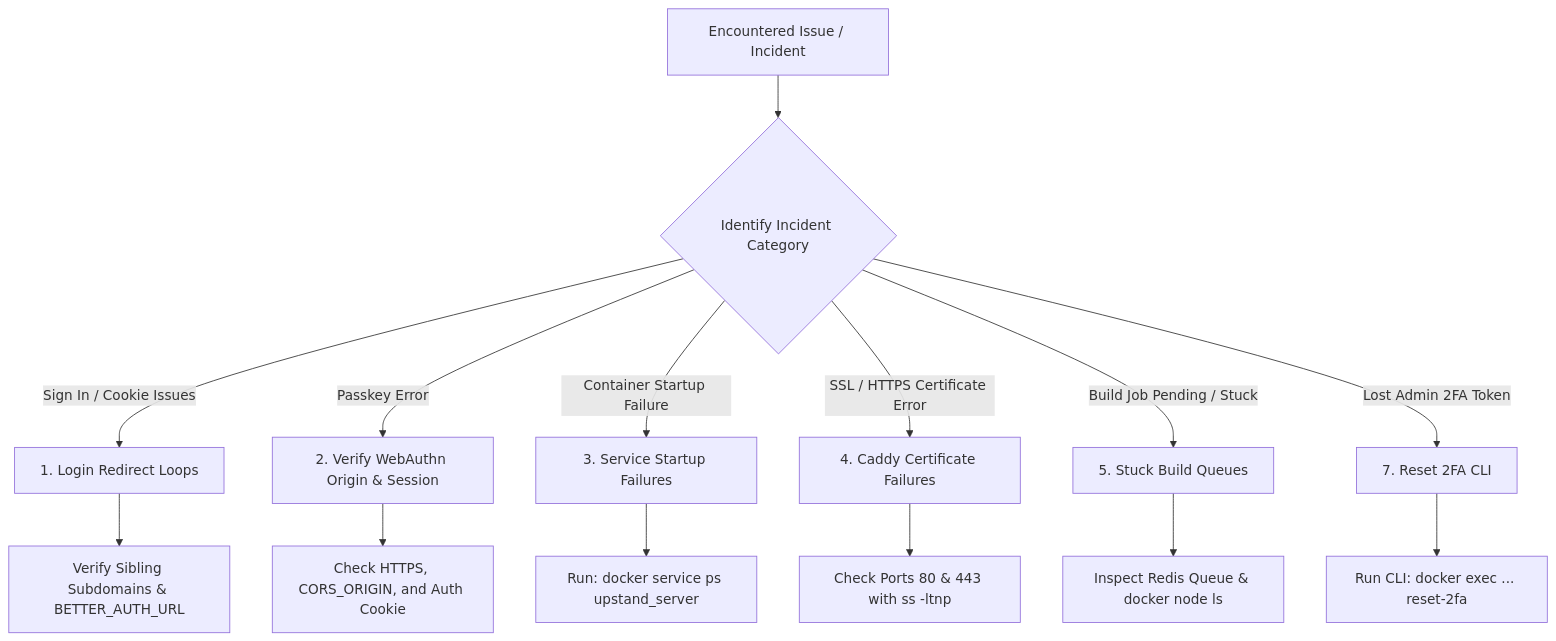
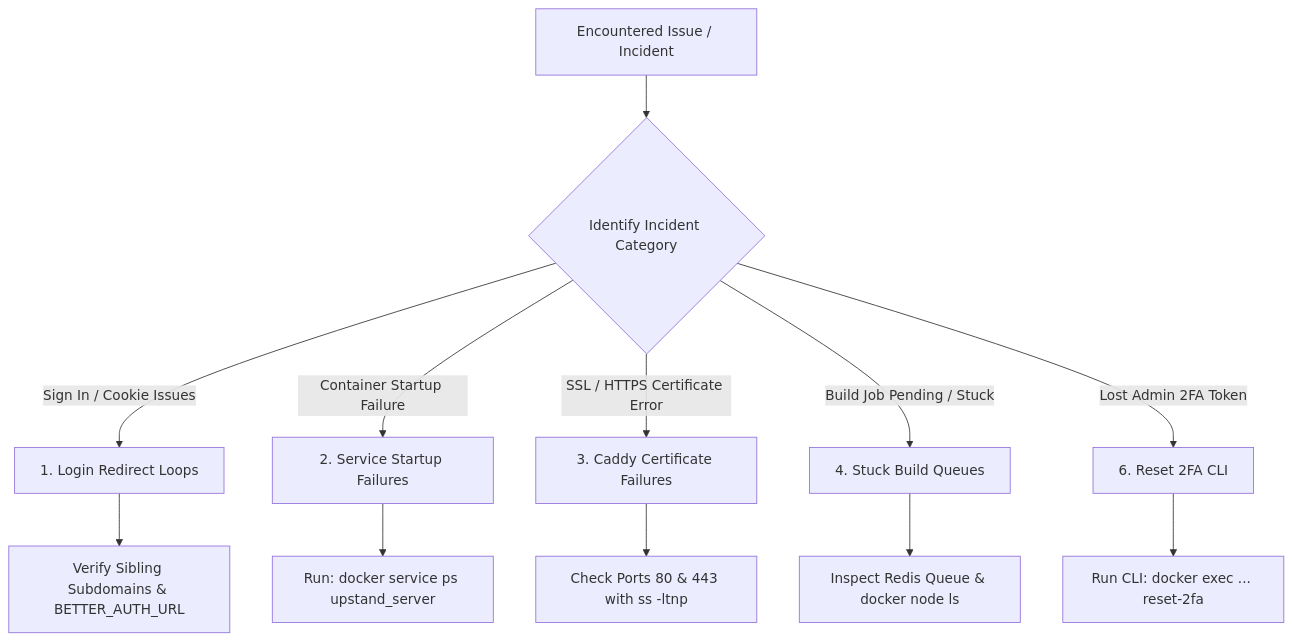
One commit to UpstandPlatform/upstand changed the diagram in apps/fumadocs/content/docs/reference/troubleshooting.mdx. Above: the diagram before and after it, drawn with Mermaid. The commit also changed other lines of this file and 78 other files, not shown here.

````diff
--- a/apps/fumadocs/content/docs/reference/troubleshooting.mdx
+++ b/apps/fumadocs/content/docs/reference/troubleshooting.mdx
@@ -12,22 +12,19 @@
 ```mermaid
 flowchart TD
     Issue[Encountered Issue / Incident] --> Category{Identify Incident Category}
 
     Category -->|Sign In / Cookie Issues| AuthTree[1. Login Redirect Loops]
     AuthTree --> CookieFix[Verify Sibling Subdomains & BETTER_AUTH_URL]
 
-    Category -->|Passkey Error| PasskeyTree[2. Verify WebAuthn Origin & Session]
-    PasskeyTree --> PasskeyFix[Check HTTPS, CORS_ORIGIN, and Auth Cookie]
-
-    Category -->|Container Startup Failure| ServiceTree[3. Service Startup Failures]
+    Category -->|Container Startup Failure| ServiceTree[2. Service Startup Failures]
     ServiceTree --> LogCheck[Run: docker service ps upstand_server]
 
-    Category -->|SSL / HTTPS Certificate Error| CertTree[4. Caddy Certificate Failures]
+    Category -->|SSL / HTTPS Certificate Error| CertTree[3. Caddy Certificate Failures]
     CertTree --> PortCheck[Check Ports 80 & 443 with ss -ltnp]
 
-    Category -->|Build Job Pending / Stuck| QueueTree[5. Stuck Build Queues]
+    Category -->|Build Job Pending / Stuck| QueueTree[4. Stuck Build Queues]
     QueueTree --> QueueCheck[Inspect Redis Queue & docker node ls]
 
-    Category -->|Lost Admin 2FA Token| TwoFATree[7. Reset 2FA CLI]
+    Category -->|Lost Admin 2FA Token| TwoFATree[6. Reset 2FA CLI]
     TwoFATree --> ResetCLI[Run CLI: docker exec ... reset-2fa]
 ```
````
